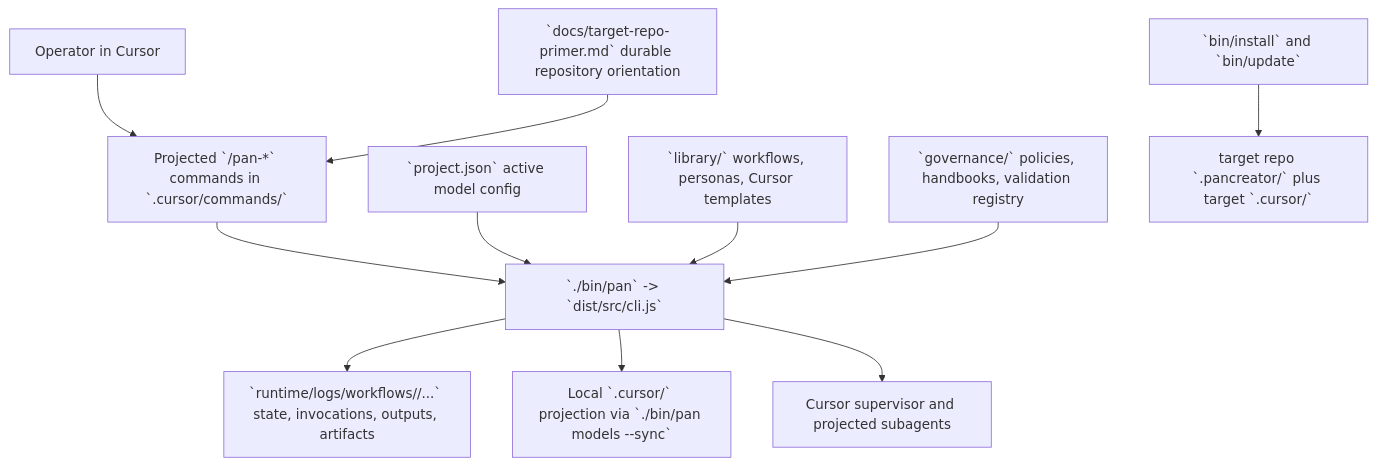
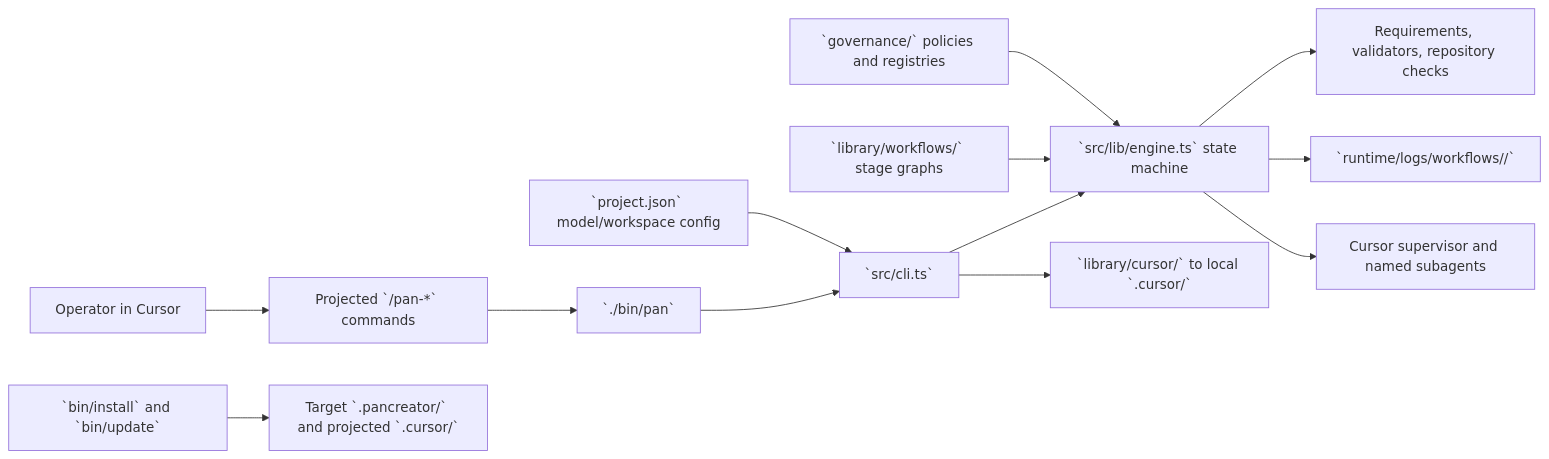
Before and after one commit to alenlukic/pancreator: the diagram in docs/target-repo-primer.md, drawn with Mermaid. The commit also changed other lines of this file and 47 other files, not shown here.

First line of the commit message:
release: v2.15.0 Refactor project.json persona model mappings to inherit shared defaults across…

````diff
--- a/docs/target-repo-primer.md
+++ b/docs/target-repo-primer.md
@@ -47,13 +50,15 @@
 ```mermaid
-flowchart TD
-  Operator[Operator in Cursor] --> Commands[Projected `/pan-*` commands in `.cursor/commands/`]
-  Commands --> Pan[`./bin/pan` -> `dist/src/cli.js`]
-  Project[`project.json` active model config] --> Pan
-  Library[`library/` workflows, personas, Cursor templates] --> Pan
-  Governance[`governance/` policies, handbooks, validation registry] --> Pan
-  Primer[`docs/target-repo-primer.md` durable repository orientation] --> Commands
-  Pan --> Runtime[`runtime/logs/workflows/<run-id>/...` state, invocations, outputs, artifacts]
-  Pan --> Projection[Local `.cursor/` projection via `./bin/pan models --sync`]
-  Pan --> Subagents[Cursor supervisor and projected subagents]
-  Installer[`bin/install` and `bin/update`] --> Embedded[target repo `.pancreator/` plus target `.cursor/`]
+flowchart LR
+  Operator[Operator in Cursor] --> Commands[Projected `/pan-*` commands]
+  Commands --> Pan[`./bin/pan`]
+  Pan --> CLI[`src/cli.ts`]
+  CLI --> Engine[`src/lib/engine.ts` state machine]
+  Project[`project.json` model/workspace config] --> CLI
+  Workflows[`library/workflows/` stage graphs] --> Engine
+  Governance[`governance/` policies and registries] --> Engine
+  Engine --> Validation[Requirements, validators, repository checks]
+  Engine --> Runtime[`runtime/logs/workflows/<run-id>/`]
+  Engine --> Workers[Cursor supervisor and named subagents]
+  CLI --> Projection[`library/cursor/` to local `.cursor/`]
+  Installer[`bin/install` and `bin/update`] --> Embedded[Target `.pancreator/` and projected `.cursor/`]
 ```
````
